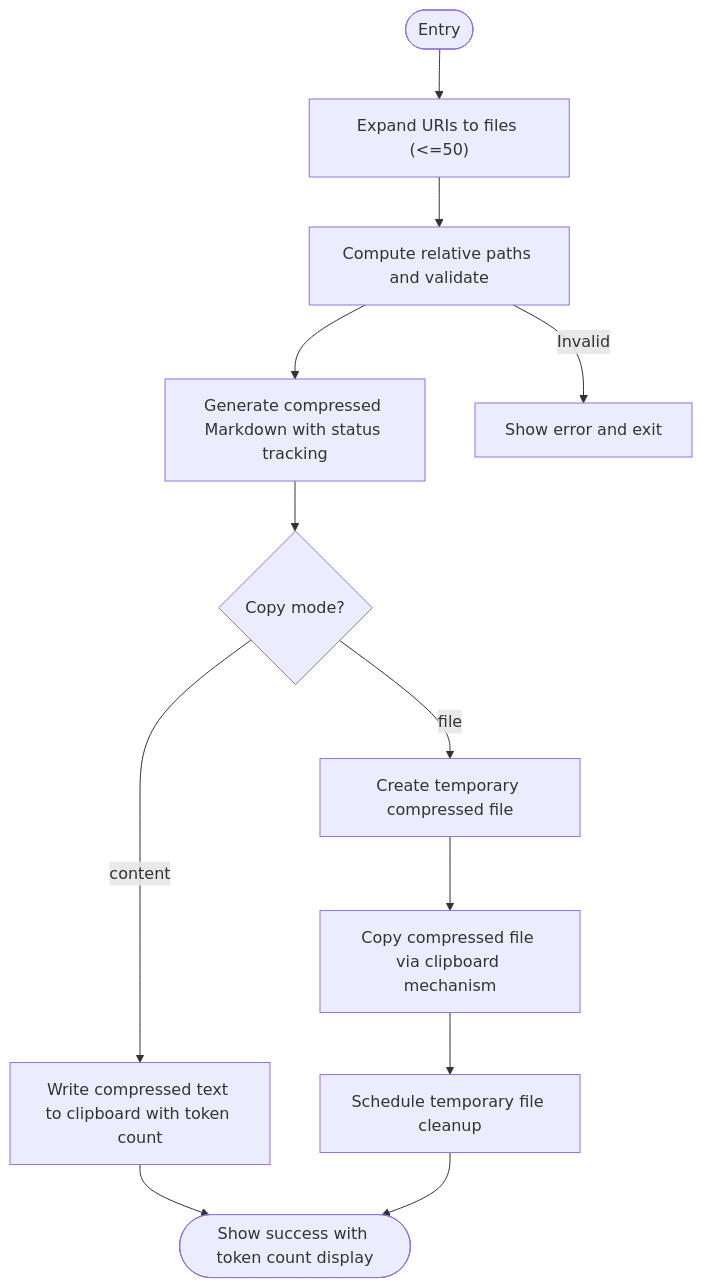
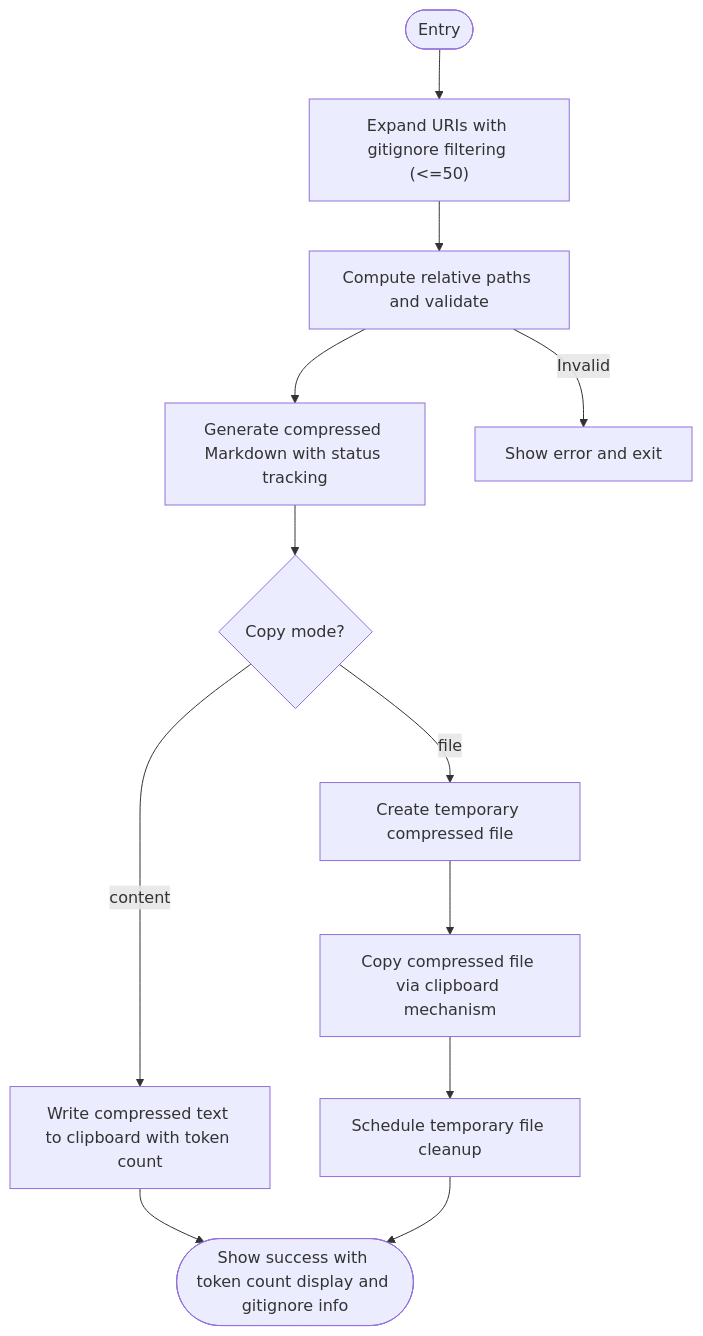
Before and after one commit to bramburn/repomix-runner: the fourth of 17 diagrams in .qoder/repowiki/en/content/Command System/Command Handlers/Clipboard Commands.md, drawn with Mermaid. The commit also changed other lines of this file and 41 other files, not shown here.

````diff
--- a/.qoder/repowiki/en/content/Command System/Command Handlers/Clipboard Commands.md
+++ b/.qoder/repowiki/en/content/Command System/Command Handlers/Clipboard Commands.md
@@ -330,14 +365,14 @@
 ```mermaid
 flowchart TD
-Start(["Entry"]) --> Expand["Expand URIs to files (<=50)"]
+Start(["Entry"]) --> Expand["Expand URIs with gitignore filtering (<=50)"]
 Expand --> ValidatePaths["Compute relative paths and validate"]
 ValidatePaths --> GenCompressed["Generate compressed Markdown with status tracking"]
 GenCompressed --> Mode{"Copy mode?"}
 Mode --> |content| WriteText["Write compressed text to clipboard with token count"]
 Mode --> |file| CreateTemp["Create temporary compressed file"]
 CreateTemp --> CopyFile["Copy compressed file via clipboard mechanism"]
-WriteText --> Done(["Show success with token count display"])
+WriteText --> Done(["Show success with token count display and gitignore info"])
 CopyFile --> Cleanup["Schedule temporary file cleanup"]
 Cleanup --> Done
 ValidatePaths --> |Invalid| ErrMsg["Show error and exit"]
 ```
````
